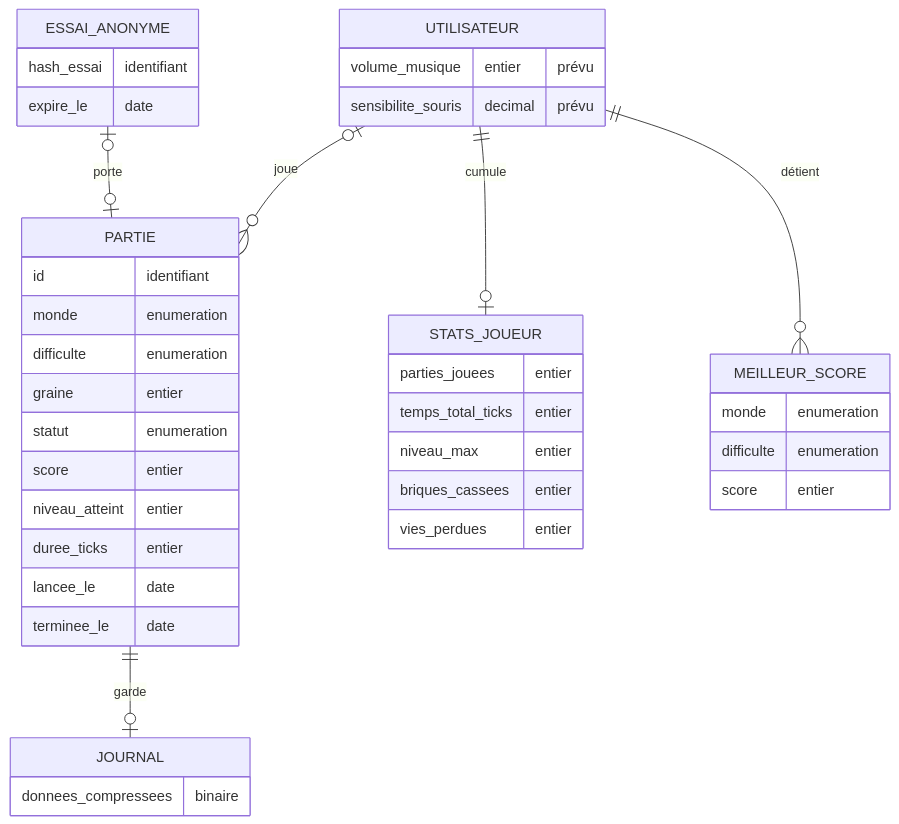
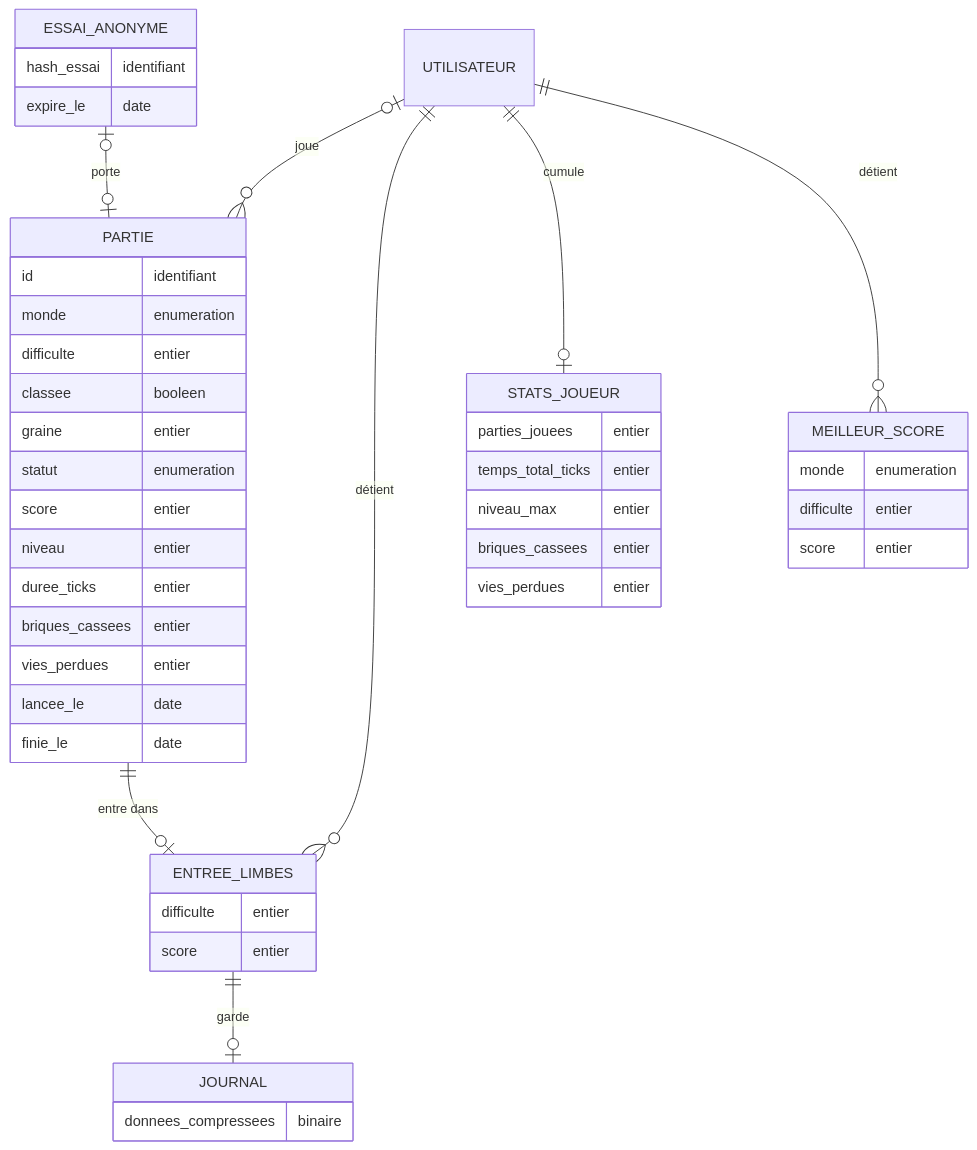
The third of 4 diagrams in docs/merise.md (YoanCuervo/Brick-Blaster-Remastered), drawn with Mermaid before and after one commit. The commit also changed other lines of this file and 37 other files, not shown here.

````diff
--- a/docs/merise.md
+++ b/docs/merise.md
@@ -196,45 +215,49 @@
 ```mermaid
 erDiagram
     UTILISATEUR |o--o{ PARTIE : joue
-    ESSAI_ANONYME |o--o| PARTIE : "porte"
-    PARTIE ||--o| JOURNAL : "garde"
+    ESSAI_ANONYME |o--o| PARTIE : porte
+    PARTIE ||--o| ENTREE_LIMBES : "entre dans"
+    UTILISATEUR ||--o{ ENTREE_LIMBES : "détient"
+    ENTREE_LIMBES ||--o| JOURNAL : garde
     UTILISATEUR ||--o| STATS_JOUEUR : cumule
     UTILISATEUR ||--o{ MEILLEUR_SCORE : "détient"
 
-    UTILISATEUR {
-        volume_musique entier "prévu"
-        sensibilite_souris decimal "prévu"
+    ESSAI_ANONYME {
+        hash_essai identifiant
+        expire_le date
     }
-
     PARTIE {
         id identifiant
         monde enumeration
-        difficulte enumeration
+        difficulte entier
+        classee booleen
         graine entier
         statut enumeration
         score entier
-        niveau_atteint entier
+        niveau entier
         duree_ticks entier
+        briques_cassees entier
+        vies_perdues entier
         lancee_le date
-        terminee_le date
+        finie_le date
     }
-    ESSAI_ANONYME {
-        hash_essai identifiant
-        expire_le date
+    ENTREE_LIMBES {
+        difficulte entier
+        score entier
     }
     JOURNAL {
         donnees_compressees binaire
     }
     STATS_JOUEUR {
         parties_jouees entier
         temps_total_ticks entier
         niveau_max entier
         briques_cassees entier
         vies_perdues entier
     }
     MEILLEUR_SCORE {
         monde enumeration
-        difficulte enumeration
+        difficulte entier
         score entier
     }
 ```
````
